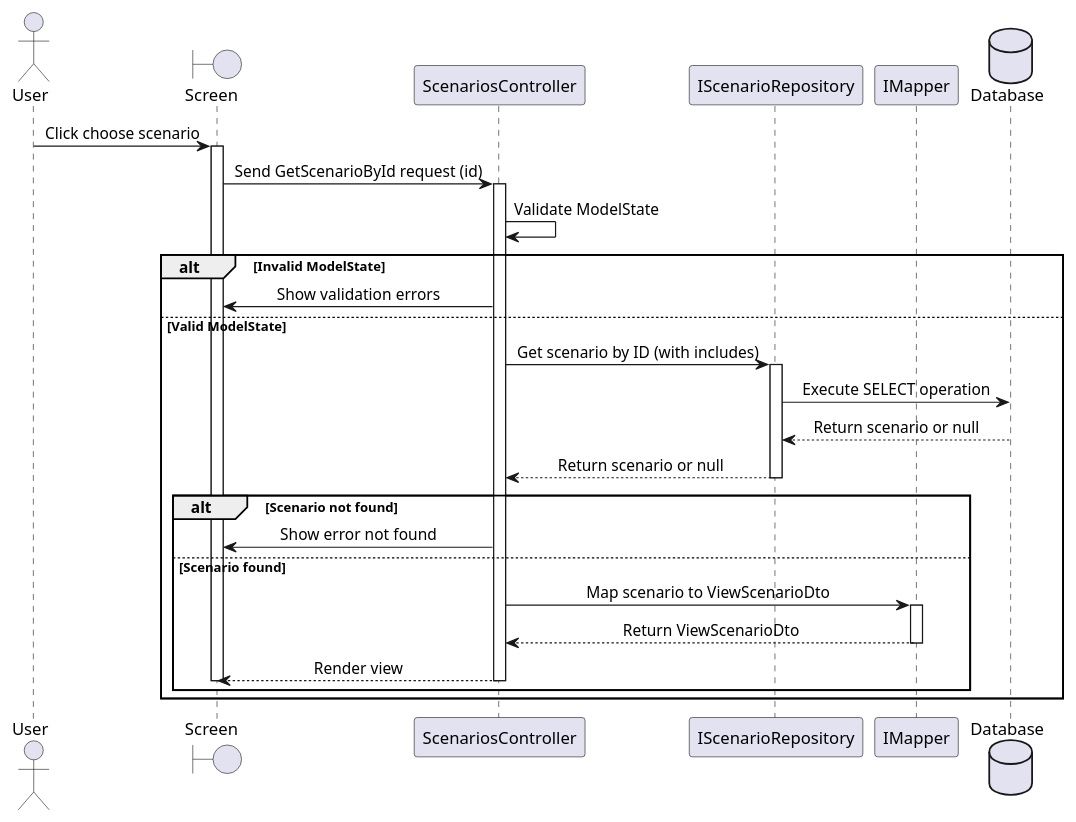
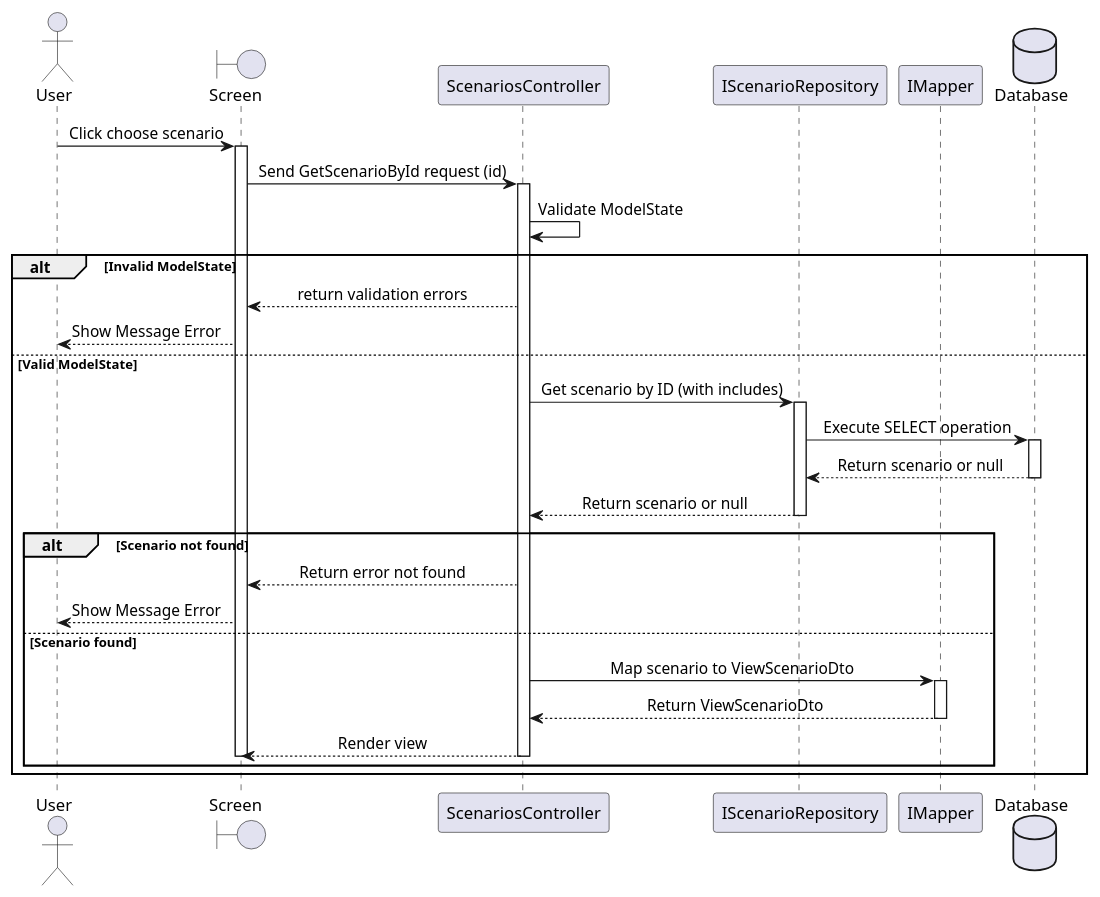
The diagram in ClassDiagram/BlockOfAction/ViewScenarioDetailSequenceDiagram.plantuml (Caothuludau/InSyncDocument), drawn with PlantUML before and after one commit. The commit also changed 53 other files, not shown here.

Commit message:
update diagram

```diff
--- a/ClassDiagram/BlockOfAction/ViewScenarioDetailSequenceDiagram.plantuml
+++ b/ClassDiagram/BlockOfAction/ViewScenarioDetailSequenceDiagram.plantuml
@@ -1,40 +1,44 @@
 @startuml ViewScenarioSequenceDiagram
 skinparam SequenceMessageAlignment center
 actor "User" as U
 boundary "Screen " as Screen
 participant "ScenariosController" as SC
 participant "IScenarioRepository" as Repo
 participant "IMapper" as Mapper
 database "Database" as DB
 
 U -> Screen : Click choose scenario
 activate Screen
 Screen -> SC : Send GetScenarioById request (id)
 activate SC
 
     SC -> SC : Validate ModelState
     alt Invalid ModelState
-        SC -> Screen : Show validation errors
+        SC --> Screen : return validation errors
+        Screen --> U : Show Message Error
     else Valid ModelState
         SC -> Repo : Get scenario by ID (with includes)
         activate Repo
         Repo -> DB : Execute SELECT operation
+        activate DB
         DB --> Repo : Return scenario or null
+        deactivate DB
         Repo --> SC : Return scenario or null
         deactivate Repo
 
         alt Scenario not found
-            SC -> Screen : Show error not found
+            SC --> Screen : Return error not found
+             Screen --> U : Show Message Error
         else Scenario found
             SC -> Mapper : Map scenario to ViewScenarioDto
             activate Mapper
             Mapper --> SC : Return ViewScenarioDto
             deactivate Mapper
             SC --> Screen : Render view
             deactivate SC
             deactivate Screen
         end
     end
 
 
 @enduml
```
